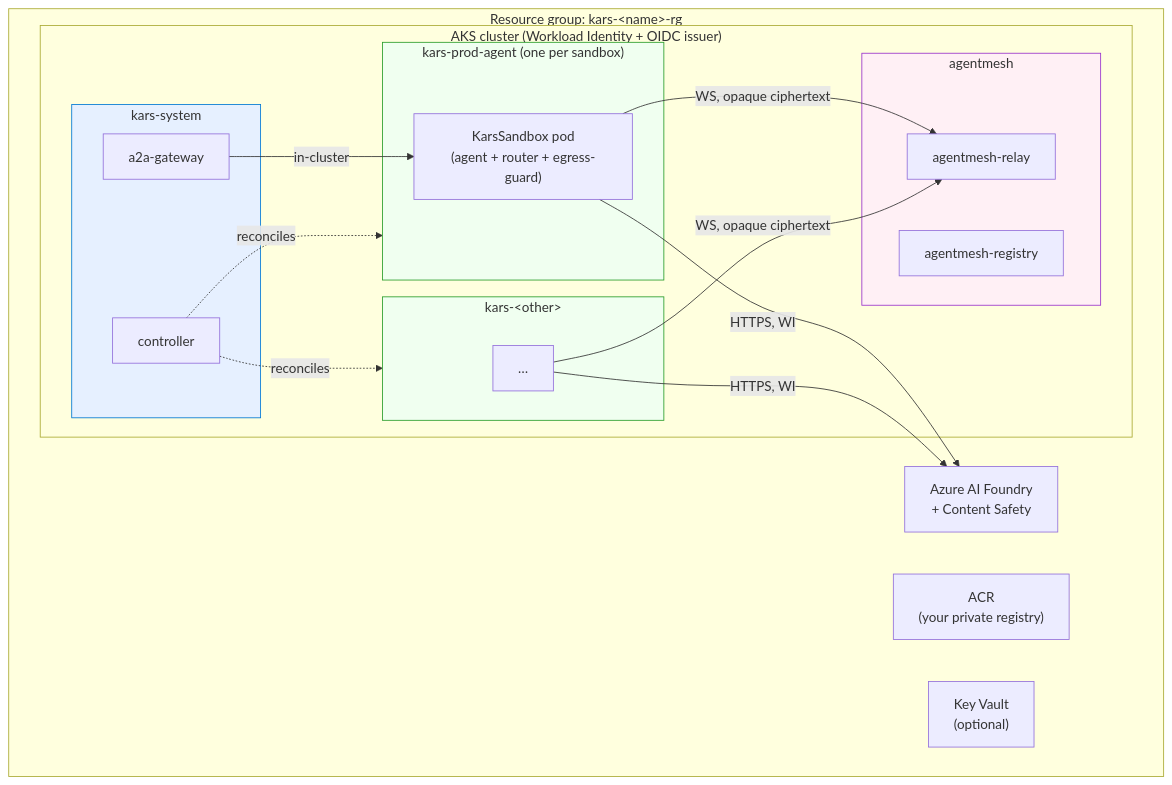
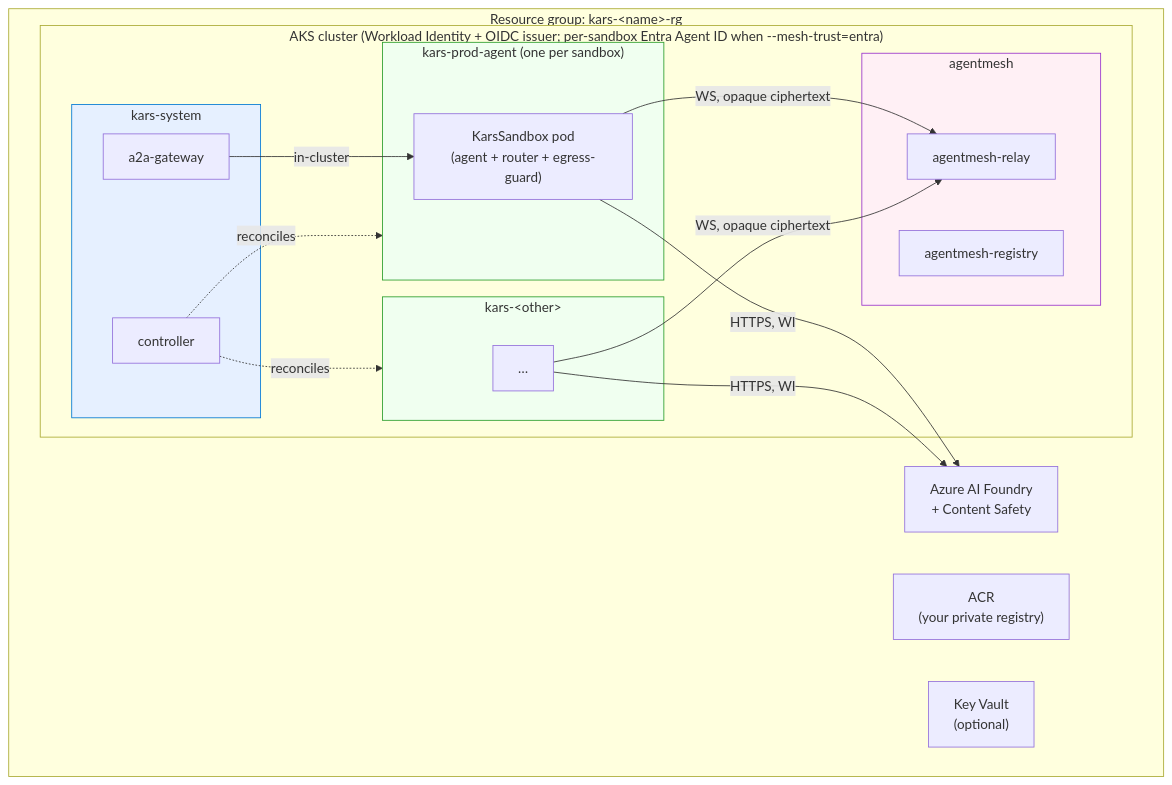
Before and after one commit to lachie83/kars: the eighth of 9 diagrams in docs/architecture-diagrams.md, drawn with Mermaid. The commit also changed other lines of this file and 6 other files, not shown here.

First line of the commit message:
docs(readme,architecture): refresh identity story for Entra Agent ID + scrub residual azureclaw refs (#366)

````diff
--- a/docs/architecture-diagrams.md
+++ b/docs/architecture-diagrams.md
@@ -261,40 +282,40 @@
 ```mermaid
 flowchart TB
   subgraph RG["Resource group: kars-&lt;name&gt;-rg"]
     ACR["ACR<br/>(your private registry)"]
     Foundry["Azure AI Foundry<br/>+ Content Safety"]
     KV["Key Vault<br/>(optional)"]
-    subgraph AKS["AKS cluster (Workload Identity + OIDC issuer)"]
+    subgraph AKS["AKS cluster (Workload Identity + OIDC issuer; per-sandbox Entra Agent ID when --mesh-trust=entra)"]
       subgraph Sys["kars-system"]
         CtrlPod["controller"]
         GwPod["a2a-gateway"]
       end
       subgraph Mesh["agentmesh"]
         Relay["agentmesh-relay"]
         Reg["agentmesh-registry"]
       end
       subgraph Tenant1["kars-prod-agent (one per sandbox)"]
         Pod1["KarsSandbox pod<br/>(agent + router + egress-guard)"]
       end
       subgraph TenantN["kars-&lt;other&gt;"]
         PodN["…"]
       end
     end
   end
 
   CtrlPod -.->|reconciles| Tenant1
   CtrlPod -.->|reconciles| TenantN
   Pod1 -->|WS, opaque ciphertext| Relay
   PodN -->|WS, opaque ciphertext| Relay
   Pod1 -->|HTTPS, WI| Foundry
   PodN -->|HTTPS, WI| Foundry
   GwPod -->|in-cluster| Pod1
 
   classDef sys fill:#e6f0ff,stroke:#0078d4
   classDef tenant fill:#f0fff0,stroke:#2a9d2a
   classDef mesh fill:#fff0f5,stroke:#9933cc
   class Sys sys
   class Tenant1 tenant
   class TenantN tenant
   class Mesh mesh
 ```
````
